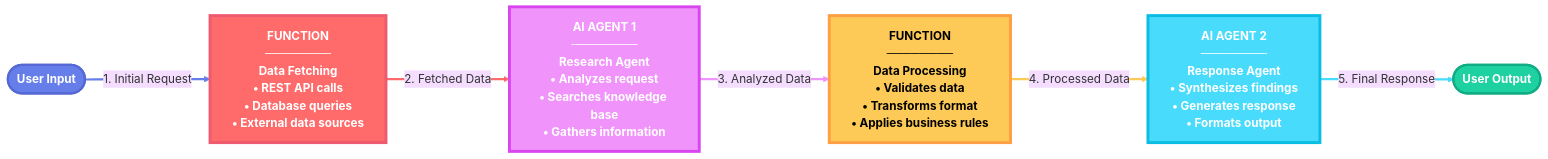
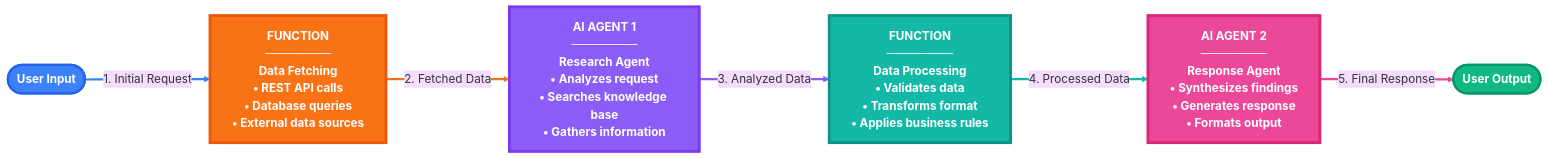
The third of 3 diagrams in docs/agents/index.md (nitin27may/ai-resources), drawn with Mermaid before and after one commit. The commit also changed other lines of this file and 24 other files, not shown here.

````diff
--- a/docs/agents/index.md
+++ b/docs/agents/index.md
@@ -152,30 +155,30 @@
 ```mermaid
 %%{init: {'theme':'base', 'themeVariables': {'fontSize':'16px'}}}%%
 
 graph LR
     Start([User Input])
     Func1["FUNCTION<br/>────────<br/>Data Fetching<br/>• REST API calls<br/>• Database queries<br/>• External data sources"]
     Agent1["AI AGENT 1<br/>────────<br/>Research Agent<br/>• Analyzes request<br/>• Searches knowledge base<br/>• Gathers information"]
     Func2["FUNCTION<br/>────────<br/>Data Processing<br/>• Validates data<br/>• Transforms format<br/>• Applies business rules"]
     Agent2["AI AGENT 2<br/>────────<br/>Response Agent<br/>• Synthesizes findings<br/>• Generates response<br/>• Formats output"]
     End([User Output])
     
     Start -->|"1. Initial Request"| Func1
     Func1 -->|"2. Fetched Data"| Agent1
     Agent1 -->|"3. Analyzed Data"| Func2
     Func2 -->|"4. Processed Data"| Agent2
     Agent2 -->|"5. Final Response"| End
     
-    style Start fill:#667eea,stroke:#5568d3,stroke-width:3px,color:#ffffff,font-weight:bold
-    style Func1 fill:#ff6b6b,stroke:#ee5a6f,stroke-width:4px,color:#ffffff,font-weight:bold
-    style Agent1 fill:#f093fb,stroke:#d946ef,stroke-width:4px,color:#ffffff,font-weight:bold
-    style Func2 fill:#feca57,stroke:#ff9f43,stroke-width:4px,color:#000000,font-weight:bold
-    style Agent2 fill:#48dbfb,stroke:#0abde3,stroke-width:4px,color:#ffffff,font-weight:bold
-    style End fill:#1dd1a1,stroke:#10ac84,stroke-width:3px,color:#ffffff,font-weight:bold
+    style Start fill:#3b82f6,stroke:#2563eb,stroke-width:3px,color:#ffffff,font-weight:bold
+    style Func1 fill:#f97316,stroke:#ea580c,stroke-width:4px,color:#ffffff,font-weight:bold
+    style Agent1 fill:#8b5cf6,stroke:#7c3aed,stroke-width:4px,color:#ffffff,font-weight:bold
+    style Func2 fill:#14b8a6,stroke:#0d9488,stroke-width:4px,color:#ffffff,font-weight:bold
+    style Agent2 fill:#ec4899,stroke:#db2777,stroke-width:4px,color:#ffffff,font-weight:bold
+    style End fill:#10b981,stroke:#059669,stroke-width:3px,color:#ffffff,font-weight:bold
     
-    linkStyle 0 stroke:#667eea,stroke-width:3px
-    linkStyle 1 stroke:#ff6b6b,stroke-width:3px
-    linkStyle 2 stroke:#f093fb,stroke-width:3px
-    linkStyle 3 stroke:#feca57,stroke-width:3px
-    linkStyle 4 stroke:#48dbfb,stroke-width:3px
+    linkStyle 0 stroke:#3b82f6,stroke-width:3px
+    linkStyle 1 stroke:#f97316,stroke-width:3px
+    linkStyle 2 stroke:#8b5cf6,stroke-width:3px
+    linkStyle 3 stroke:#14b8a6,stroke-width:3px
+    linkStyle 4 stroke:#ec4899,stroke-width:3px
 ```
````
